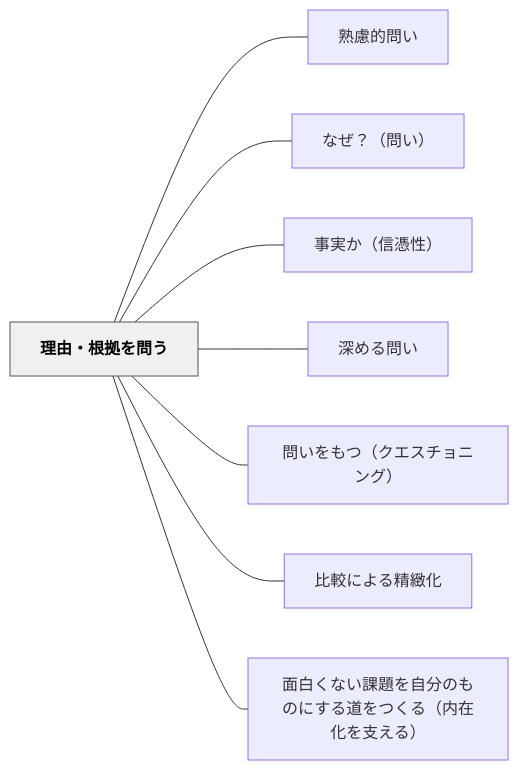
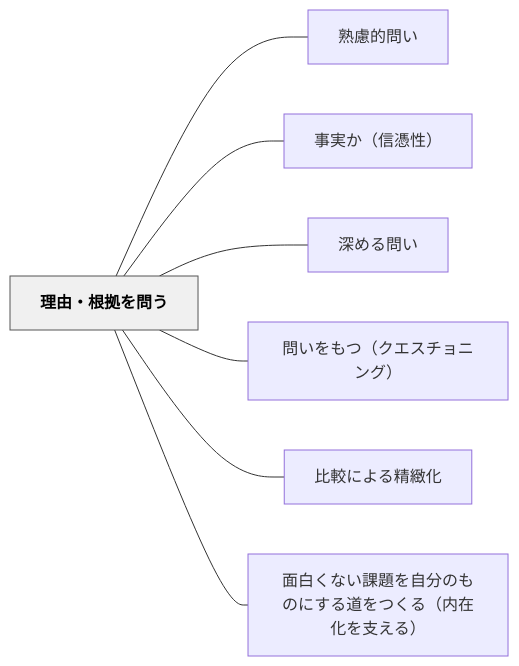
The diagram in content/パタン/理由・根拠を問う.md (unknownthings-ed-patterns/unknownthings-ed-patterns), drawn with Mermaid before and after one commit. The commit also changed other lines of this file and 37 other files, not shown here.

````diff
--- a/content/パタン/理由・根拠を問う.md
+++ b/content/パタン/理由・根拠を問う.md
@@ -47,22 +46,20 @@
 ```mermaid
 flowchart LR
     ne79086e794b1e383bbe6a0b9e68ba0e38292e5958fe38186["理由・根拠を問う"]
     ne7869fe685aee79a84e5958fe38184["熟慮的問い"]
-    ne381aae3819cefbc9fefbc88e5958fe38184efbc89["なぜ？（問い）"]
     ne4ba8be5ae9fe3818befbc88e4bfa1e68691e680a7efbc89["事実か（信憑性）"]
     ne6b7b1e38281e3828be5958fe38184["深める問い"]
     ne5958fe38184e38292e38282e381a4efbc88e382afe382a8e382b9e38381e383a7e3838be383b3e382b0efbc89["問いをもつ（クエスチョニング）"]
     ne6af94e8bc83e381abe38288e3828be7b2bee7b7bbe58c96["比較による精緻化"]
     ne99da2e799bde3818fe381aae38184e8aab2e9a18ce38292e887aae58886e381aee38282e381aee381abe38199e3828be98193e38292e381a4e3818fe3828befbc88e58685e59ca8e58c96e38292e694afe38188e3828befbc89["面白くない課題を自分のものにする道をつくる（内在化を支える）"]
 
     ne79086e794b1e383bbe6a0b9e68ba0e38292e5958fe38186 --- ne7869fe685aee79a84e5958fe38184
-    ne79086e794b1e383bbe6a0b9e68ba0e38292e5958fe38186 --- ne381aae3819cefbc9fefbc88e5958fe38184efbc89
     ne79086e794b1e383bbe6a0b9e68ba0e38292e5958fe38186 --- ne4ba8be5ae9fe3818befbc88e4bfa1e68691e680a7efbc89
     ne79086e794b1e383bbe6a0b9e68ba0e38292e5958fe38186 --- ne6b7b1e38281e3828be5958fe38184
     ne79086e794b1e383bbe6a0b9e68ba0e38292e5958fe38186 --- ne5958fe38184e38292e38282e381a4efbc88e382afe382a8e382b9e38381e383a7e3838be383b3e382b0efbc89
     ne79086e794b1e383bbe6a0b9e68ba0e38292e5958fe38186 --- ne6af94e8bc83e381abe38288e3828be7b2bee7b7bbe58c96
     ne79086e794b1e383bbe6a0b9e68ba0e38292e5958fe38186 --- ne99da2e799bde3818fe381aae38184e8aab2e9a18ce38292e887aae58886e381aee38282e381aee381abe38199e3828be98193e38292e381a4e3818fe3828befbc88e58685e59ca8e58c96e38292e694afe38188e3828befbc89
 
     classDef hub fill:#f0f0f0,stroke:#555,color:#000,font-weight:bold
     class ne79086e794b1e383bbe6a0b9e68ba0e38292e5958fe38186 hub
 ```
````
